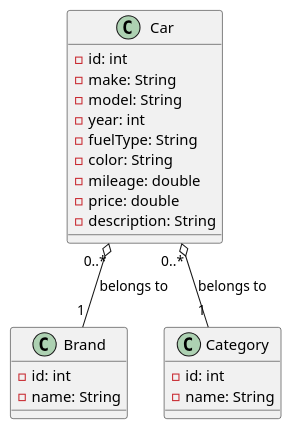
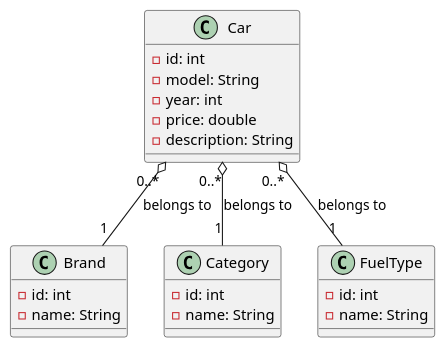
One commit to luan-coelho/carcatalog changed the diagram in diagram.plantuml. Above: the diagram before and after it, drawn with PlantUML.

Commit message:
feat: Atualizando diagrama de classes.

```diff
--- a/diagram.plantuml
+++ b/diagram.plantuml
@@ -1,28 +1,30 @@
 @startuml
 
 class Car {
-  -id: int
-  -make: String
-  -model: String
-  -year: int
-  -fuelType: String
-  -color: String
-  -mileage: double
-  -price: double
-  -description: String
+    -id: int
+    -model: String
+    -year: int
+    -price: double
+    -description: String
 }
 
 class Brand {
-   -id: int
-   -name: String
+    -id: int
+    -name: String
  }
 
- class Category {
-   -id: int
-   -name: String
- }
+class Category {
+    -id: int
+    -name: String
+}
+
+class FuelType {
+    -id: int
+    -name: String
+  }
 
 Car "0..*" o-- "1" Brand : belongs to
 Car "0..*" o-- "1" Category : belongs to
+Car "0..*" o-- "1" FuelType : belongs to
 
 @enduml
```
